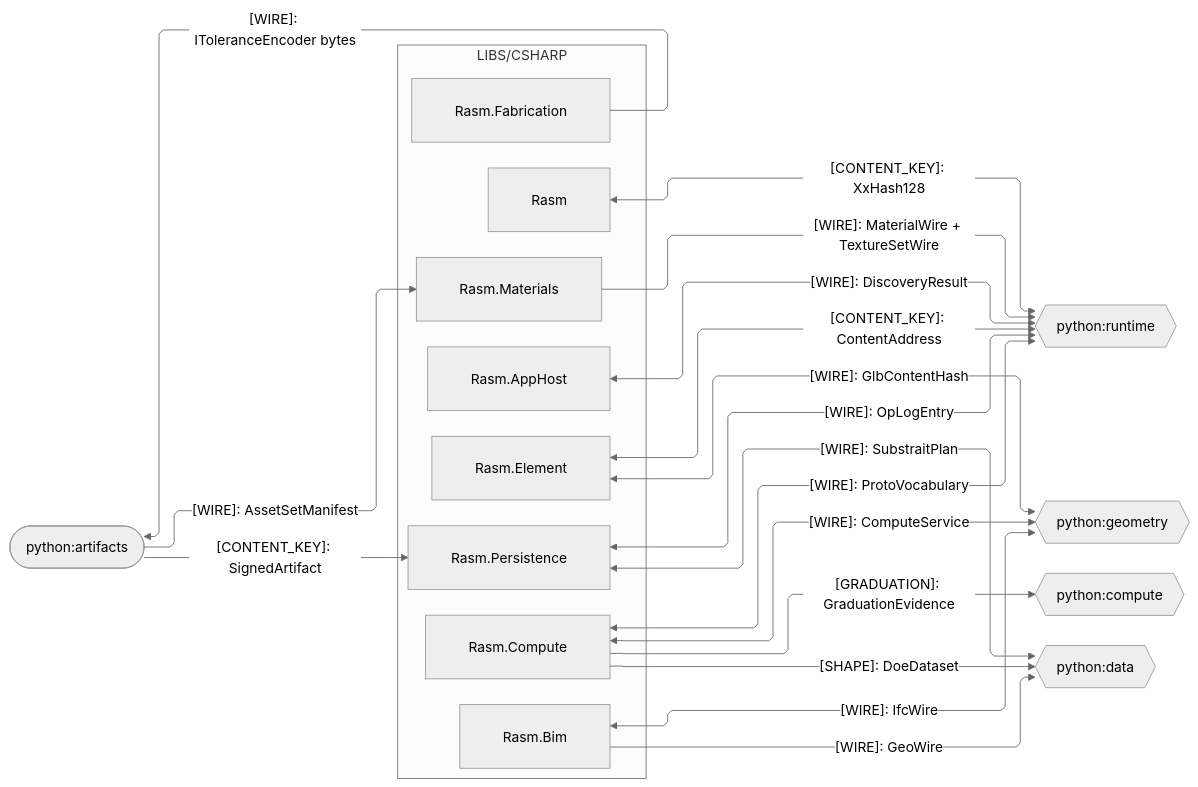
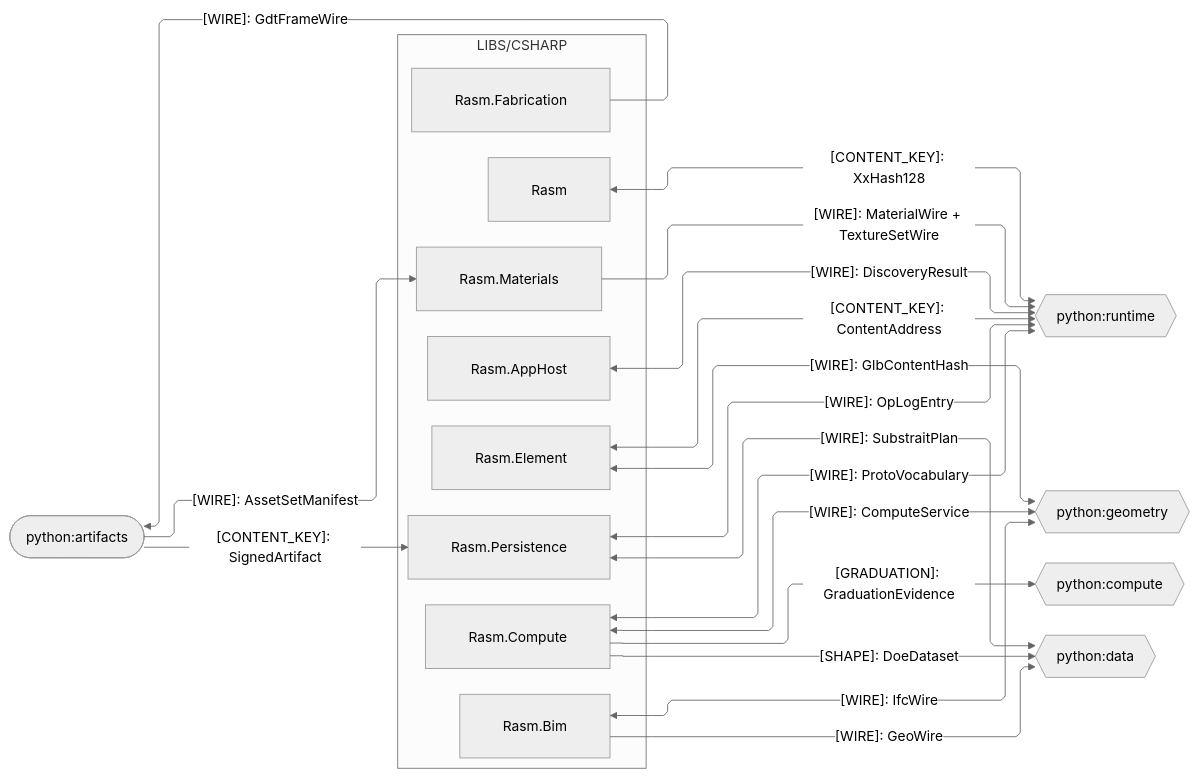
The second of 5 diagrams in libs/csharp/.planning/ARCHITECTURE.md (bsamiee/Rasm), drawn with Mermaid (neutral theme) before and after one commit. The commit also changed other lines of this file and 400 other files, not shown here.

````diff
--- a/libs/csharp/.planning/ARCHITECTURE.md
+++ b/libs/csharp/.planning/ARCHITECTURE.md
@@ -111,43 +113,43 @@
 ```mermaid
 ---
 config:
   layout: elk
   flowchart:
     curve: linear
     padding: 25
 ---
 flowchart LR
     accTitle: C# branch python seam registry
     accDescr: C# packages exchanging kinded contract shapes with the python packages — data-bearing kinds and shape contracts as labeled edges — bidirectional peers as hexagons, one-way sources and sinks as stadiums.
     subgraph csharp[LIBS/CSHARP]
         Rasm[Rasm]
         Element[Rasm.Element]
         Bim[Rasm.Bim]
         Materials[Rasm.Materials]
         Fabrication[Rasm.Fabrication]
         AppHost[Rasm.AppHost]
         Compute[Rasm.Compute]
         Persistence[Rasm.Persistence]
     end
     PyRuntime{{python:runtime}}
     PyGeometry{{python:geometry}}
     PyCompute{{python:compute}}
     PyData{{python:data}}
     PyArtifacts([python:artifacts])
     Rasm <-->|"[CONTENT_KEY]: XxHash128"| PyRuntime
     Element <-->|"[WIRE]: GlbContentHash"| PyGeometry
     Element <-->|"[CONTENT_KEY]: ContentAddress"| PyRuntime
     Bim <-->|"[WIRE]: IfcWire"| PyGeometry
     Bim -->|"[WIRE]: GeoWire"| PyData
     Materials -->|"[WIRE]: MaterialWire + TextureSetWire"| PyRuntime
     PyArtifacts -->|"[WIRE]: AssetSetManifest"| Materials
-    Fabrication -->|"[WIRE]: IToleranceEncoder bytes"| PyArtifacts
+    Fabrication -->|"[WIRE]: GdtFrameWire"| PyArtifacts
     AppHost <-->|"[WIRE]: DiscoveryResult"| PyRuntime
     Compute <-->|"[WIRE]: ComputeService"| PyGeometry
     Compute <-->|"[WIRE]: ProtoVocabulary"| PyRuntime
     Compute -->|"[GRADUATION]: GraduationEvidence"| PyCompute
     Compute -->|"[SHAPE]: DoeDataset"| PyData
     Persistence <-->|"[WIRE]: OpLogEntry"| PyRuntime
     PyArtifacts -->|"[CONTENT_KEY]: SignedArtifact"| Persistence
     Persistence <-->|"[WIRE]: SubstraitPlan"| PyData
 ```
````
